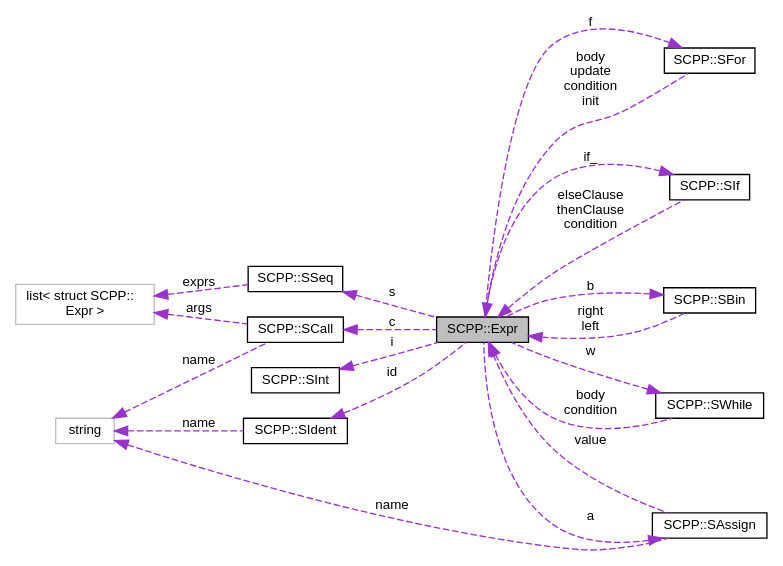
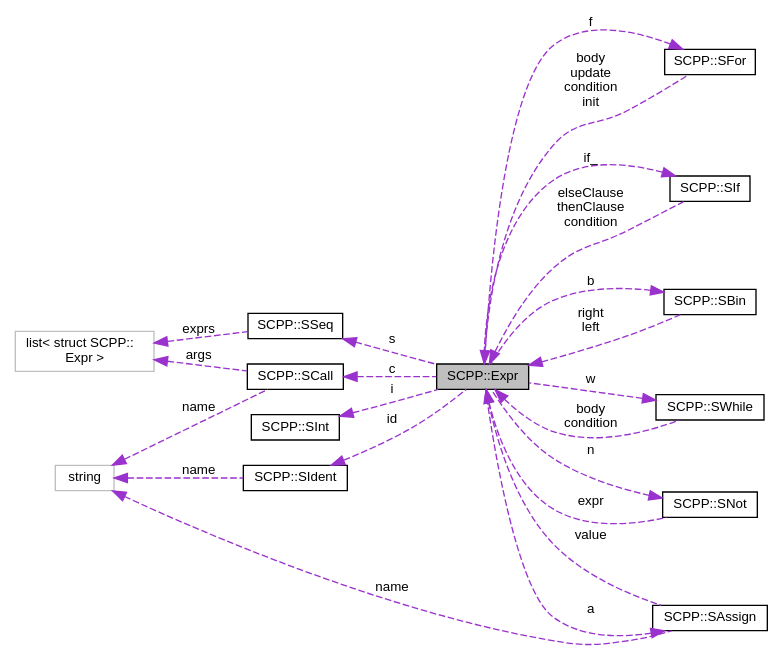
The diagram in docs/structSCPP_1_1Expr__coll__graph.dot (HiroKoni/scpp), drawn with Graphviz before and after one commit. The commit also changed 34 other files, not shown here.

```diff
--- a/docs/structSCPP_1_1Expr__coll__graph.dot
+++ b/docs/structSCPP_1_1Expr__coll__graph.dot
@@ -1,38 +1,41 @@
 digraph "SCPP::Expr"
 {
  // LATEX_PDF_SIZE
   edge [fontname="Helvetica",fontsize="10",labelfontname="Helvetica",labelfontsize="10"];
   node [fontname="Helvetica",fontsize="10",shape=record];
   rankdir="LR";
   Node1 [label="SCPP::Expr",height=0.2,width=0.4,color="black", fillcolor="grey75", style="filled", fontcolor="black",tooltip="式を表す構造体"];
   Node2 -> Node1 [dir="back",color="darkorchid3",fontsize="10",style="dashed",label=" f" ,fontname="Helvetica"];
   Node2 [label="SCPP::SFor",height=0.2,width=0.4,color="black", fillcolor="white", style="filled",URL="$structSCPP_1_1SFor.html",tooltip=" "];
   Node1 -> Node2 [dir="back",color="darkorchid3",fontsize="10",style="dashed",label=" body\nupdate\ncondition\ninit" ,fontname="Helvetica"];
   Node3 -> Node1 [dir="back",color="darkorchid3",fontsize="10",style="dashed",label=" if_" ,fontname="Helvetica"];
   Node3 [label="SCPP::SIf",height=0.2,width=0.4,color="black", fillcolor="white", style="filled",URL="$structSCPP_1_1SIf.html",tooltip=" "];
   Node1 -> Node3 [dir="back",color="darkorchid3",fontsize="10",style="dashed",label=" elseClause\nthenClause\ncondition" ,fontname="Helvetica"];
   Node4 -> Node1 [dir="back",color="darkorchid3",fontsize="10",style="dashed",label=" b" ,fontname="Helvetica"];
   Node4 [label="SCPP::SBin",height=0.2,width=0.4,color="black", fillcolor="white", style="filled",URL="$structSCPP_1_1SBin.html",tooltip=" "];
   Node1 -> Node4 [dir="back",color="darkorchid3",fontsize="10",style="dashed",label=" right\nleft" ,fontname="Helvetica"];
   Node5 -> Node1 [dir="back",color="darkorchid3",fontsize="10",style="dashed",label=" id" ,fontname="Helvetica"];
   Node5 [label="SCPP::SIdent",height=0.2,width=0.4,color="black", fillcolor="white", style="filled",URL="$structSCPP_1_1SIdent.html",tooltip=" "];
   Node6 -> Node5 [dir="back",color="darkorchid3",fontsize="10",style="dashed",label=" name" ,fontname="Helvetica"];
   Node6 [label="string",height=0.2,width=0.4,color="grey75", fillcolor="white", style="filled",tooltip=" "];
   Node7 -> Node1 [dir="back",color="darkorchid3",fontsize="10",style="dashed",label=" w" ,fontname="Helvetica"];
   Node7 [label="SCPP::SWhile",height=0.2,width=0.4,color="black", fillcolor="white", style="filled",URL="$structSCPP_1_1SWhile.html",tooltip=" "];
   Node1 -> Node7 [dir="back",color="darkorchid3",fontsize="10",style="dashed",label=" body\ncondition" ,fontname="Helvetica"];
   Node8 -> Node1 [dir="back",color="darkorchid3",fontsize="10",style="dashed",label=" s" ,fontname="Helvetica"];
   Node8 [label="SCPP::SSeq",height=0.2,width=0.4,color="black", fillcolor="white", style="filled",URL="$structSCPP_1_1SSeq.html",tooltip=" "];
   Node9 -> Node8 [dir="back",color="darkorchid3",fontsize="10",style="dashed",label=" exprs" ,fontname="Helvetica"];
   Node9 [label="list\< struct SCPP::\lExpr \>",height=0.2,width=0.4,color="grey75", fillcolor="white", style="filled",tooltip=" "];
   Node10 -> Node1 [dir="back",color="darkorchid3",fontsize="10",style="dashed",label=" i" ,fontname="Helvetica"];
   Node10 [label="SCPP::SInt",height=0.2,width=0.4,color="black", fillcolor="white", style="filled",URL="$structSCPP_1_1SInt.html",tooltip=" "];
-  Node11 -> Node1 [dir="back",color="darkorchid3",fontsize="10",style="dashed",label=" a" ,fontname="Helvetica"];
-  Node11 [label="SCPP::SAssign",height=0.2,width=0.4,color="black", fillcolor="white", style="filled",URL="$structSCPP_1_1SAssign.html",tooltip=" "];
-  Node6 -> Node11 [dir="back",color="darkorchid3",fontsize="10",style="dashed",label=" name" ,fontname="Helvetica"];
-  Node1 -> Node11 [dir="back",color="darkorchid3",fontsize="10",style="dashed",label=" value" ,fontname="Helvetica"];
-  Node12 -> Node1 [dir="back",color="darkorchid3",fontsize="10",style="dashed",label=" c" ,fontname="Helvetica"];
-  Node12 [label="SCPP::SCall",height=0.2,width=0.4,color="black", fillcolor="white", style="filled",URL="$structSCPP_1_1SCall.html",tooltip=" "];
-  Node9 -> Node12 [dir="back",color="darkorchid3",fontsize="10",style="dashed",label=" args" ,fontname="Helvetica"];
+  Node11 -> Node1 [dir="back",color="darkorchid3",fontsize="10",style="dashed",label=" n" ,fontname="Helvetica"];
+  Node11 [label="SCPP::SNot",height=0.2,width=0.4,color="black", fillcolor="white", style="filled",URL="$structSCPP_1_1SNot.html",tooltip=" "];
+  Node1 -> Node11 [dir="back",color="darkorchid3",fontsize="10",style="dashed",label=" expr" ,fontname="Helvetica"];
+  Node12 -> Node1 [dir="back",color="darkorchid3",fontsize="10",style="dashed",label=" a" ,fontname="Helvetica"];
+  Node12 [label="SCPP::SAssign",height=0.2,width=0.4,color="black", fillcolor="white", style="filled",URL="$structSCPP_1_1SAssign.html",tooltip=" "];
   Node6 -> Node12 [dir="back",color="darkorchid3",fontsize="10",style="dashed",label=" name" ,fontname="Helvetica"];
+  Node1 -> Node12 [dir="back",color="darkorchid3",fontsize="10",style="dashed",label=" value" ,fontname="Helvetica"];
+  Node13 -> Node1 [dir="back",color="darkorchid3",fontsize="10",style="dashed",label=" c" ,fontname="Helvetica"];
+  Node13 [label="SCPP::SCall",height=0.2,width=0.4,color="black", fillcolor="white", style="filled",URL="$structSCPP_1_1SCall.html",tooltip=" "];
+  Node9 -> Node13 [dir="back",color="darkorchid3",fontsize="10",style="dashed",label=" args" ,fontname="Helvetica"];
+  Node6 -> Node13 [dir="back",color="darkorchid3",fontsize="10",style="dashed",label=" name" ,fontname="Helvetica"];
 }
```
